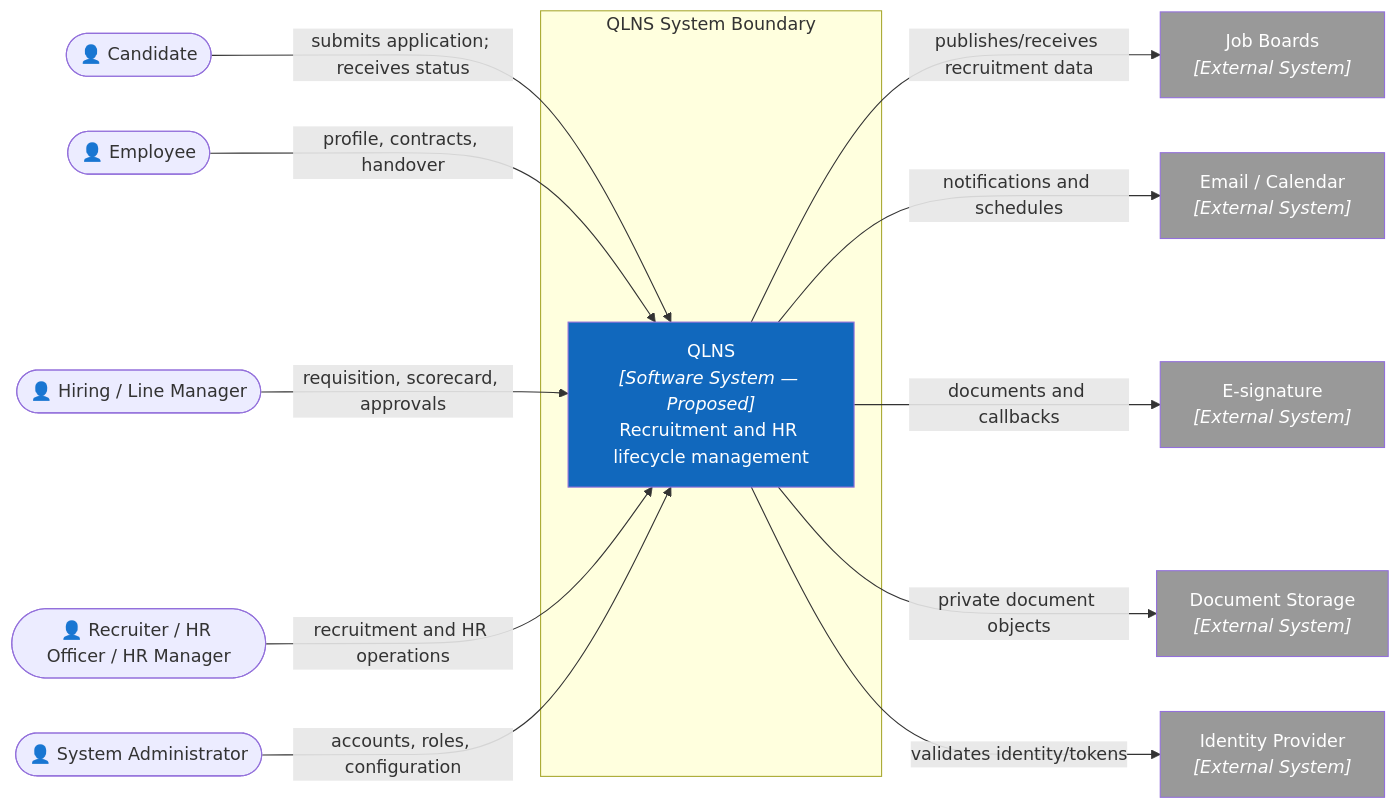
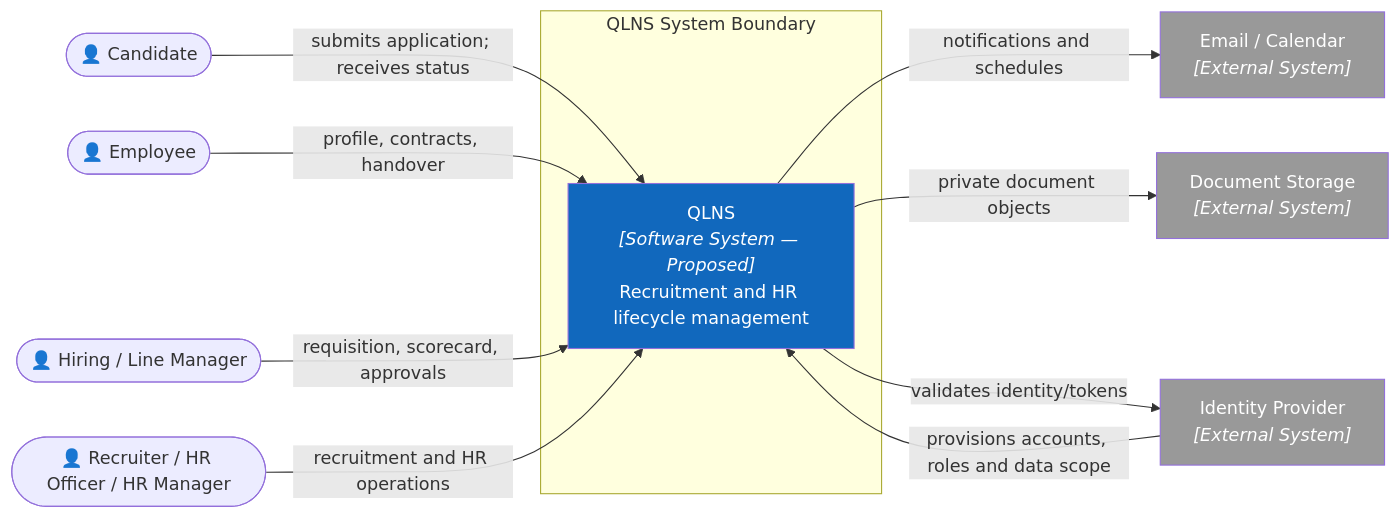
The first of 12 diagrams in docs/architecture.md (nvdat16/QLNS), drawn with Mermaid before and after one commit. The commit also changed other lines of this file and 15 other files, not shown here.

````diff
--- a/docs/architecture.md
+++ b/docs/architecture.md
@@ -64,36 +64,29 @@
 ```mermaid
 flowchart LR
     candidate(["👤 Candidate"])
     employee(["👤 Employee"])
     manager(["👤 Hiring / Line Manager"])
     hr(["👤 Recruiter / HR Officer / HR Manager"])
-    admin(["👤 System Administrator"])
 
     subgraph boundary["QLNS System Boundary"]
         qlns["QLNS<br/><i>[Software System — Proposed]</i><br/>Recruitment and HR lifecycle management"]
     end
 
-    jobboards["Job Boards<br/><i>[External System]</i>"]
     comms["Email / Calendar<br/><i>[External System]</i>"]
-    esign["E-signature<br/><i>[External System]</i>"]
     storage["Document Storage<br/><i>[External System]</i>"]
     idp["Identity Provider<br/><i>[External System]</i>"]
 
     candidate -- "submits application; receives status" --> qlns
     employee -- "profile, contracts, handover" --> qlns
     manager -- "requisition, scorecard, approvals" --> qlns
     hr -- "recruitment and HR operations" --> qlns
-    admin -- "accounts, roles, configuration" --> qlns
-    qlns -- "publishes/receives recruitment data" --> jobboards
     qlns -- "notifications and schedules" --> comms
-    qlns -- "documents and callbacks" --> esign
     qlns -- "private document objects" --> storage
     qlns -- "validates identity/tokens" --> idp
+    idp -- "provisions accounts, roles and data scope" --> qlns
 
     style qlns fill:#1168bd,color:#fff
-    style jobboards fill:#999,color:#fff
     style comms fill:#999,color:#fff
-    style esign fill:#999,color:#fff
     style storage fill:#999,color:#fff
     style idp fill:#999,color:#fff
 ```
````
